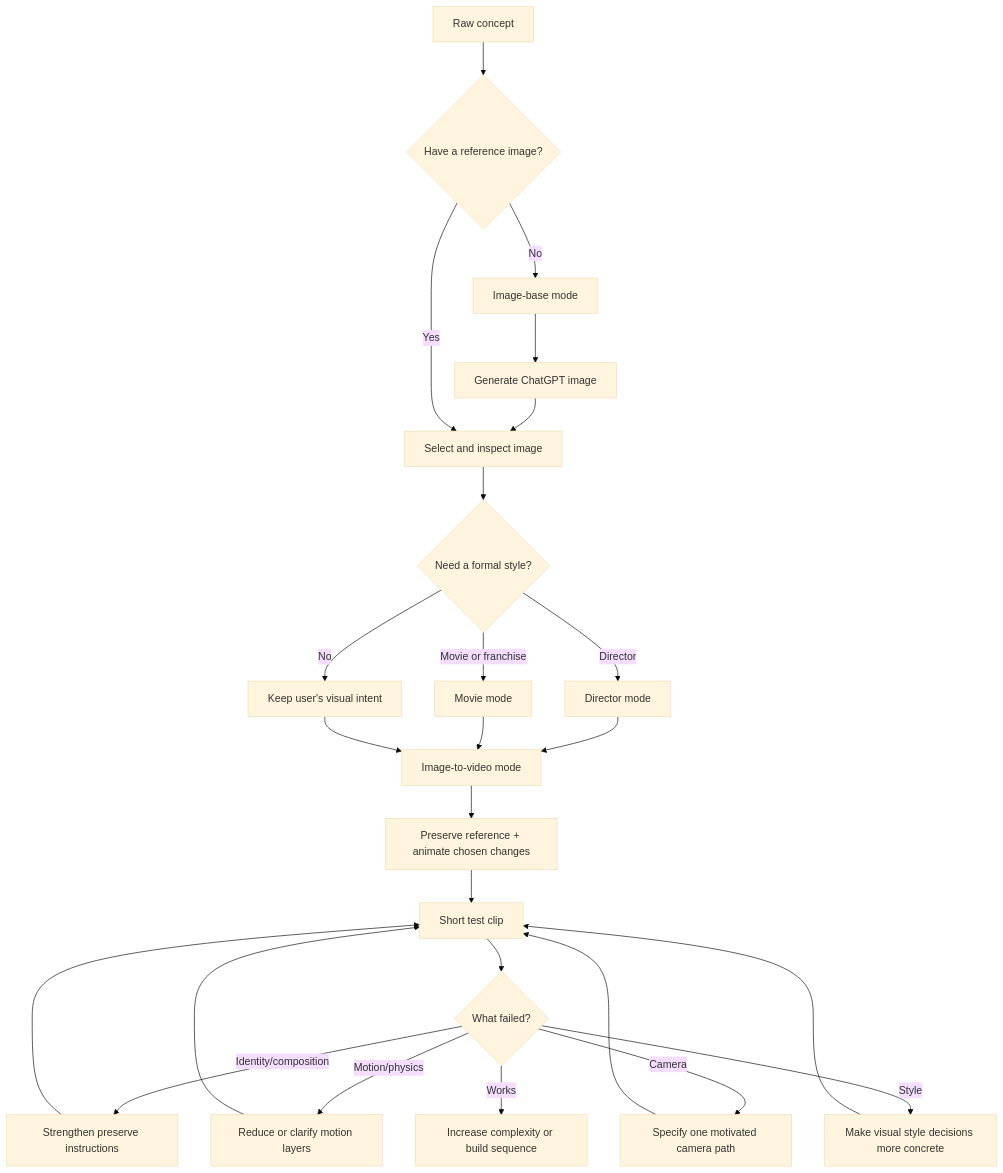
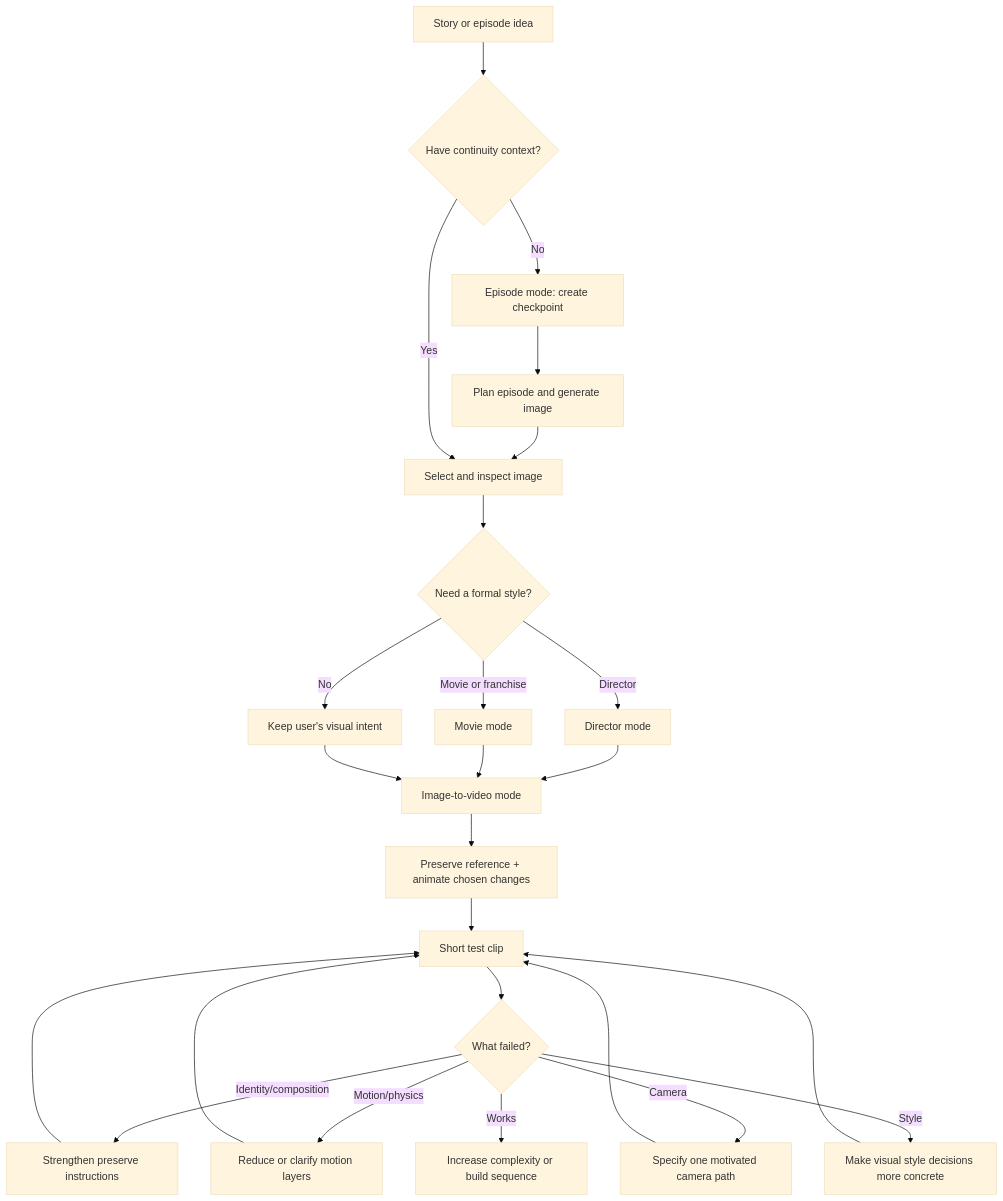
One commit to p-i-e-r-c-i-n-g-s/ai-episode-matrix changed the diagram in WORKFLOW.md. Above: the diagram before and after it, drawn with Mermaid (base theme). The commit also changed other lines of this file and 3 other files, not shown here.

````diff
--- a/WORKFLOW.md
+++ b/WORKFLOW.md
@@ -7,27 +7,27 @@
 ```mermaid
 flowchart TD
-    A[Raw concept] --> B{Have a reference image?}
-    B -- No --> C[Image-base mode]
-    C --> D[Generate ChatGPT image]
+    A[Story or episode idea] --> B{Have continuity context?}
+    B -- No --> C[Episode mode: create checkpoint]
+    C --> D[Plan episode and generate image]
     D --> E[Select and inspect image]
     B -- Yes --> E
     E --> F{Need a formal style?}
     F -- Director --> G[Director mode]
     F -- Movie or franchise --> H[Movie mode]
     F -- No --> I[Keep user's visual intent]
     G --> J[Image-to-video mode]
     H --> J
     I --> J
     J --> K[Preserve reference + animate chosen changes]
     K --> L[Short test clip]
     L --> M{What failed?}
     M -- Identity/composition --> N[Strengthen preserve instructions]
     M -- Motion/physics --> O[Reduce or clarify motion layers]
     M -- Camera --> P[Specify one motivated camera path]
     M -- Style --> Q[Make visual style decisions more concrete]
     N --> L
     O --> L
     P --> L
     Q --> L
     M -- Works --> R[Increase complexity or build sequence]
 ```
````
